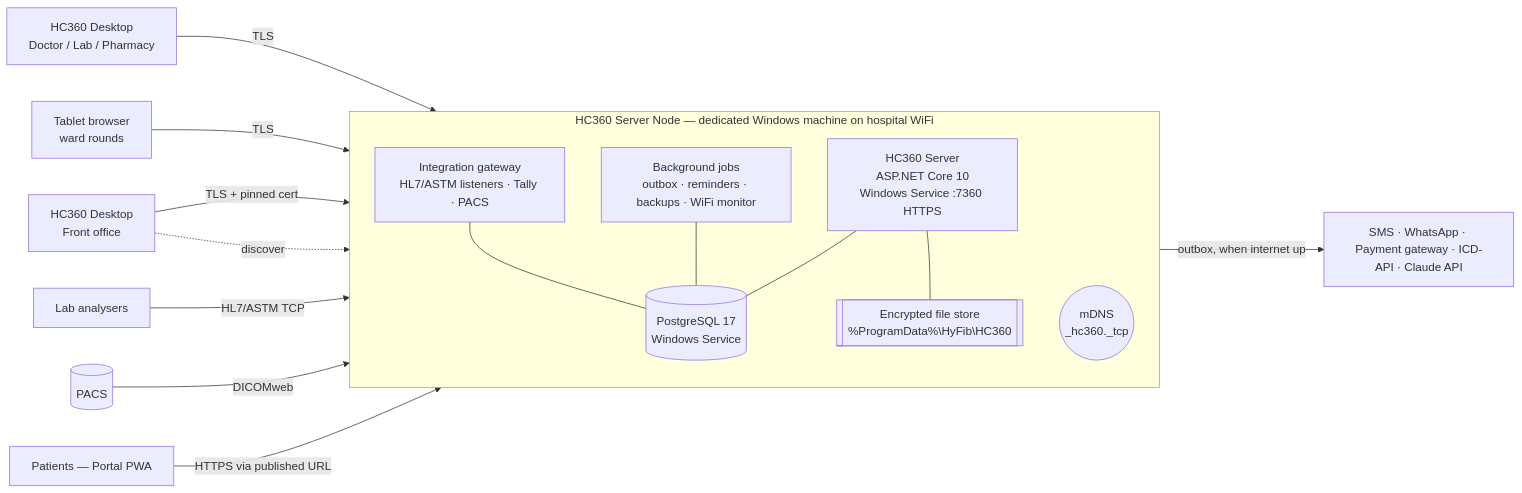
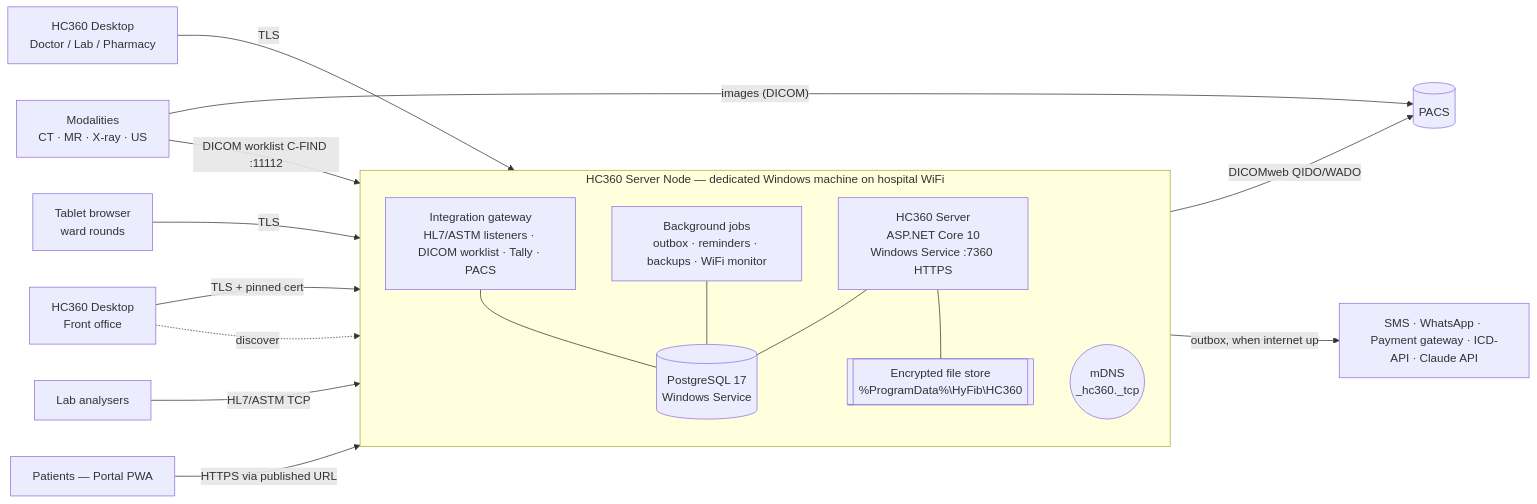
Before and after one commit to HyFib/HyFib-HealthCare360-NanaHospitals: the first of 2 diagrams in docs/architecture/ARCHITECTURE.md, drawn with Mermaid. The commit also changed other lines of this file and 4 other files, not shown here.

First line of the commit message:
Document the PACS images, the modality worklist server and PACS linking

````diff
--- a/docs/architecture/ARCHITECTURE.md
+++ b/docs/architecture/ARCHITECTURE.md
@@ -26,24 +26,26 @@
 ```mermaid
 flowchart LR
   subgraph SN[HC360 Server Node — dedicated Windows machine on hospital WiFi]
     direction TB
     API[HC360 Server<br/>ASP.NET Core 10<br/>Windows Service :7360 HTTPS]
     WRK[Background jobs<br/>outbox · reminders · backups · WiFi monitor]
-    GW[Integration gateway<br/>HL7/ASTM listeners · Tally · PACS]
+    GW[Integration gateway<br/>HL7/ASTM listeners · DICOM worklist · Tally · PACS]
     DB[(PostgreSQL 17<br/>Windows Service)]
     FS[[Encrypted file store<br/>%ProgramData%\HyFib\HC360]]
     MDNS((mDNS<br/>_hc360._tcp))
     API --- DB
     WRK --- DB
     GW --- DB
     API --- FS
   end
   WS1[HC360 Desktop<br/>Front office] -- TLS + pinned cert --> API
   WS2[HC360 Desktop<br/>Doctor / Lab / Pharmacy] -- TLS --> API
   TAB[Tablet browser<br/>ward rounds] -- TLS --> API
   AN[Lab analysers] -- HL7/ASTM TCP --> GW
-  PACS[(PACS)] -- DICOMweb --> GW
+  MOD[Modalities<br/>CT · MR · X-ray · US] -- DICOM worklist C-FIND :11112 --> GW
+  GW -- DICOMweb QIDO/WADO --> PACS[(PACS)]
+  MOD -- images (DICOM) --> PACS
   API -- outbox, when internet up --> EXT[SMS · WhatsApp · Payment gateway · ICD-API · Claude API]
   PAT[Patients — Portal PWA] -- HTTPS via published URL --> API
   WS1 -. discover .-> MDNS
 ```
````
